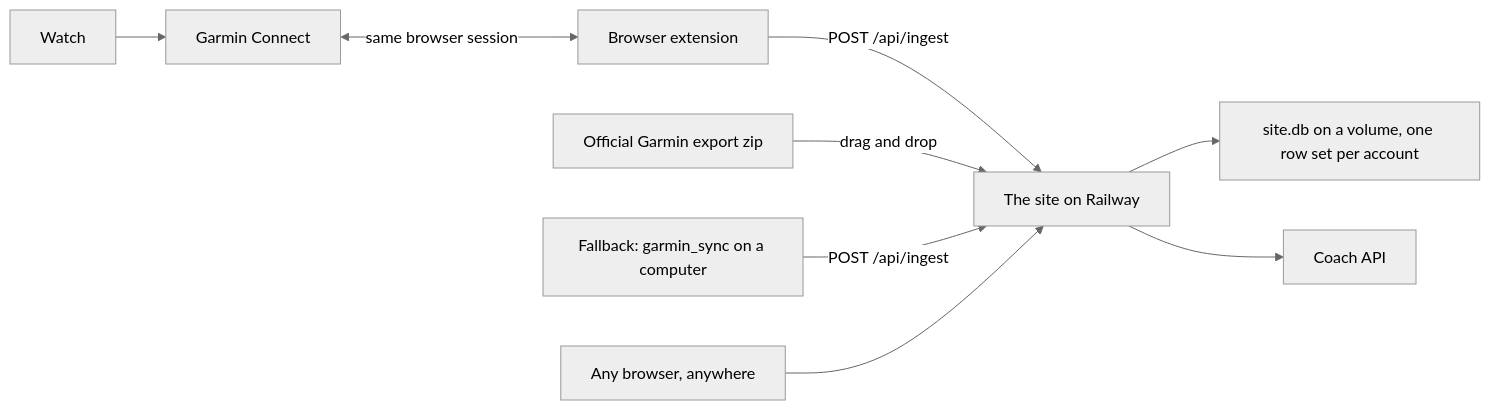
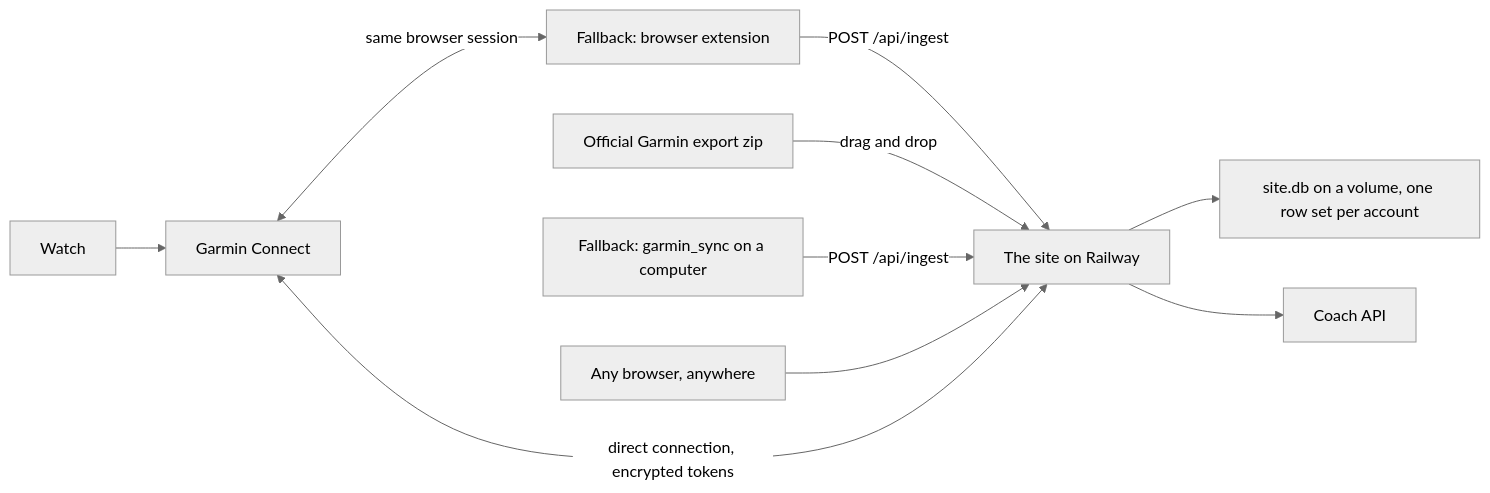
Before and after one commit to nicg03/garmincoach: the diagram in README.md, drawn with Mermaid (neutral theme). The commit also changed other lines of this file and 40 other files, not shown here.

First line of the commit message:
Connect Garmin from the site and restructure the app into Today, Training, Insights, Coaching and Settings.

````diff
--- a/README.md
+++ b/README.md
@@ -13,11 +17,12 @@
 ```mermaid
 flowchart LR
   Watch["Watch"] --> Garmin["Garmin Connect"]
-  Garmin <-->|"same browser session"| Ext["Browser extension"]
-  Ext -->|"POST /api/ingest"| Site["The site on Railway"]
+  Site["The site on Railway"] <-->|"direct connection, encrypted tokens"| Garmin
+  Garmin <-->|"same browser session"| Ext["Fallback: browser extension"]
+  Ext -->|"POST /api/ingest"| Site
   Zip["Official Garmin export zip"] -->|"drag and drop"| Site
   Mac["Fallback: garmin_sync on a computer"] -->|"POST /api/ingest"| Site
   Site --> Volume["site.db on a volume, one row set per account"]
   Site --> Claude["Coach API"]
   Phone["Any browser, anywhere"] --> Site
 ```
````
